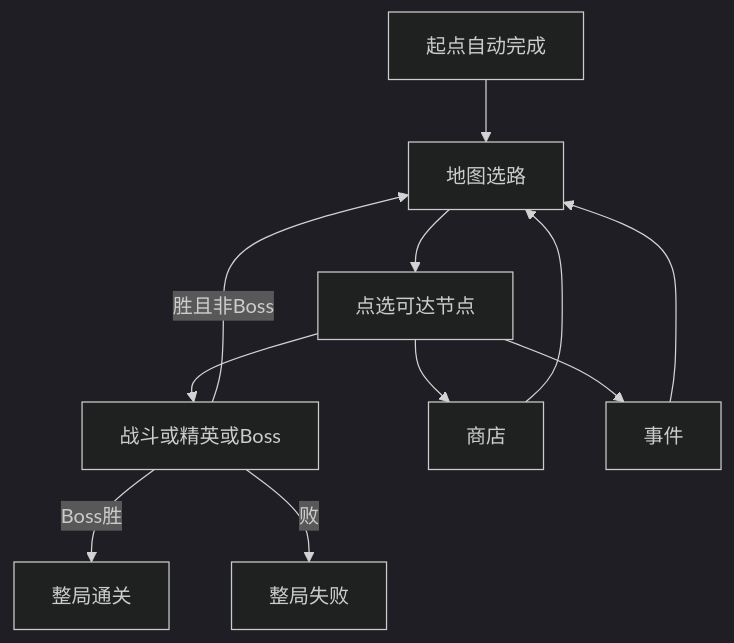
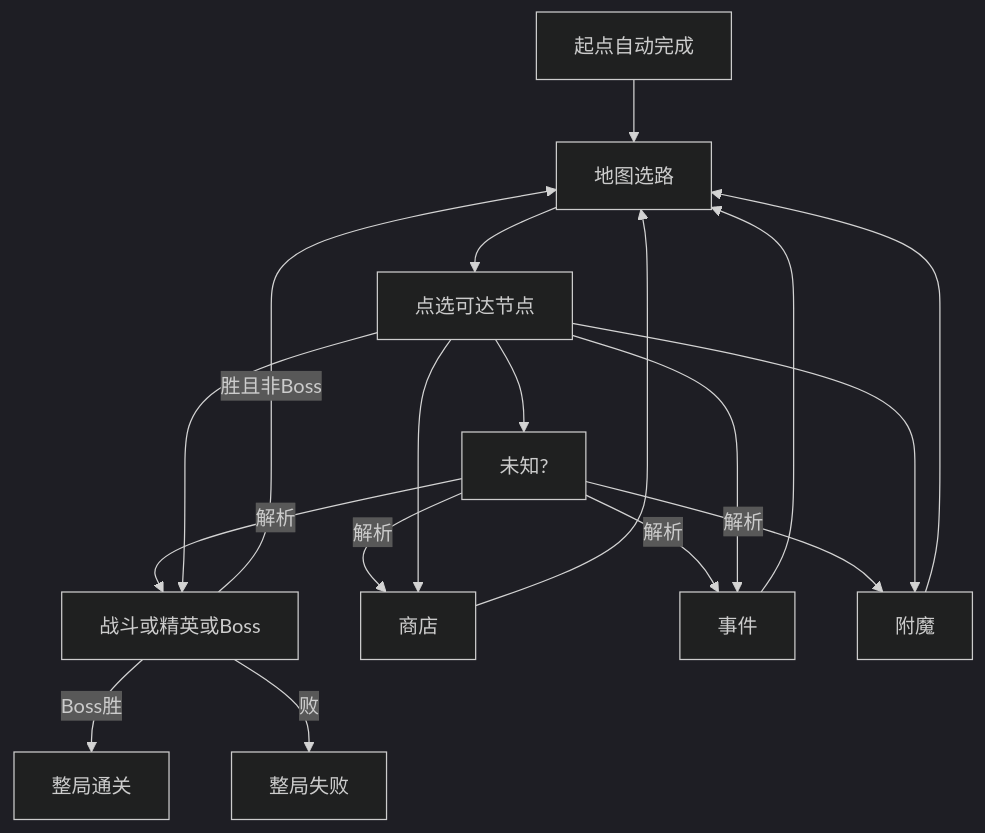
The diagram in Documents/Features/MAP.md (Kanerickyz/project-autochess), drawn with Mermaid (dark theme) before and after one commit. The commit also changed other lines of this file and 231 other files, not shown here.

````diff
--- a/Documents/Features/MAP.md
+++ b/Documents/Features/MAP.md
@@ -109,13 +113,20 @@
 ```mermaid
 flowchart TD
   StartNode[起点自动完成] --> MapSelect[地图选路]
   MapSelect --> Pick[点选可达节点]
+  Pick --> MysteryNode[未知?]
+  MysteryNode -->|解析| CombatLike
+  MysteryNode -->|解析| ShopNode
+  MysteryNode -->|解析| EventNode
+  MysteryNode -->|解析| EnchantNode
   Pick --> CombatLike[战斗或精英或Boss]
   Pick --> ShopNode[商店]
   Pick --> EventNode[事件]
+  Pick --> EnchantNode[附魔]
   CombatLike -->|胜且非Boss| MapSelect
   CombatLike -->|Boss胜| RunWin[整局通关]
   CombatLike -->|败| RunLose[整局失败]
   ShopNode --> MapSelect
   EventNode --> MapSelect
+  EnchantNode --> MapSelect
 ```
````
